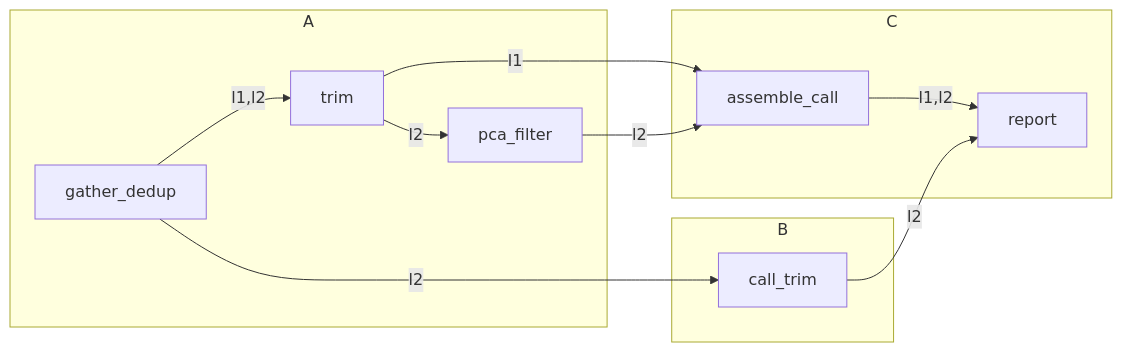
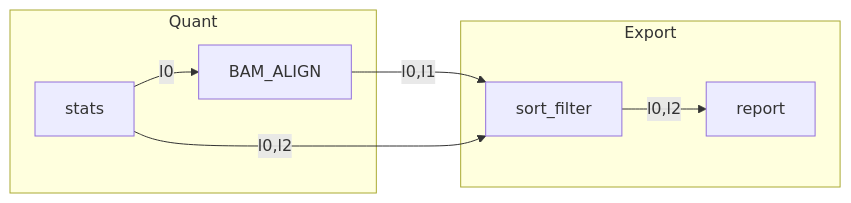
Before and after one commit to seqeralabs/nf-metro: the diagram in examples/topologies/co_row_feeders_shared_diagonal.mmd, drawn with Mermaid. The commit also changed 12 other files, not shown here.

```diff
--- a/examples/topologies/co_row_feeders_shared_diagonal.mmd
+++ b/examples/topologies/co_row_feeders_shared_diagonal.mmd
@@ -1,26 +1,18 @@
 %%metro title: Co-row feeders sharing one diagonal
+%%metro line: l0 | Red | #e6194b
 %%metro line: l1 | Green | #3cb44b
 %%metro line: l2 | Blue | #4363d8
 
 graph LR
-    subgraph sec0 [A]
-        %%metro exit: right | l1, l2
-        s0n0[gather_dedup]
-        s0n1[trim]
-        s0n2[pca_filter]
-        s0n0 -->|l1,l2| s0n1
-        s0n1 -->|l2| s0n2
+    subgraph sec0 [Quant]
+        s0n0[stats]
+        s0n1[BAM_ALIGN]
+        s0n0 -->|l0| s0n1
     end
-    subgraph sec1 [B]
-        %%metro direction: TB
-        s1n0[call_trim]
+    subgraph sec1 [Export]
+        s1n0[sort_filter]
+        s1n1[report]
+        s1n0 -->|l0,l2| s1n1
     end
-    subgraph sec2 [C]
-        s2n0[assemble_call]
-        s2n1[report]
-        s2n0 -->|l1,l2| s2n1
-    end
-    s0n1 -->|l1| s2n0
-    s0n2 -->|l2| s2n0
-    s0n0 -->|l2| s1n0
-    s1n0 -->|l2| s2n1
+    s0n1 -->|l0,l1| s1n0
+    s0n0 -->|l0,l2| s1n0
```
